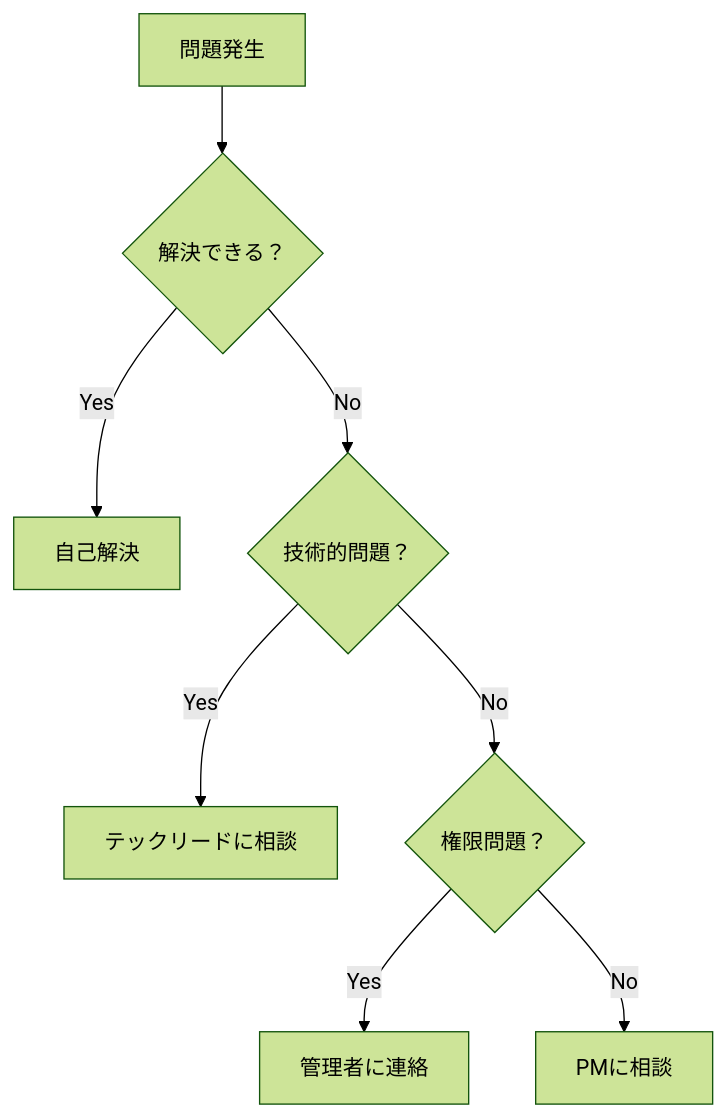
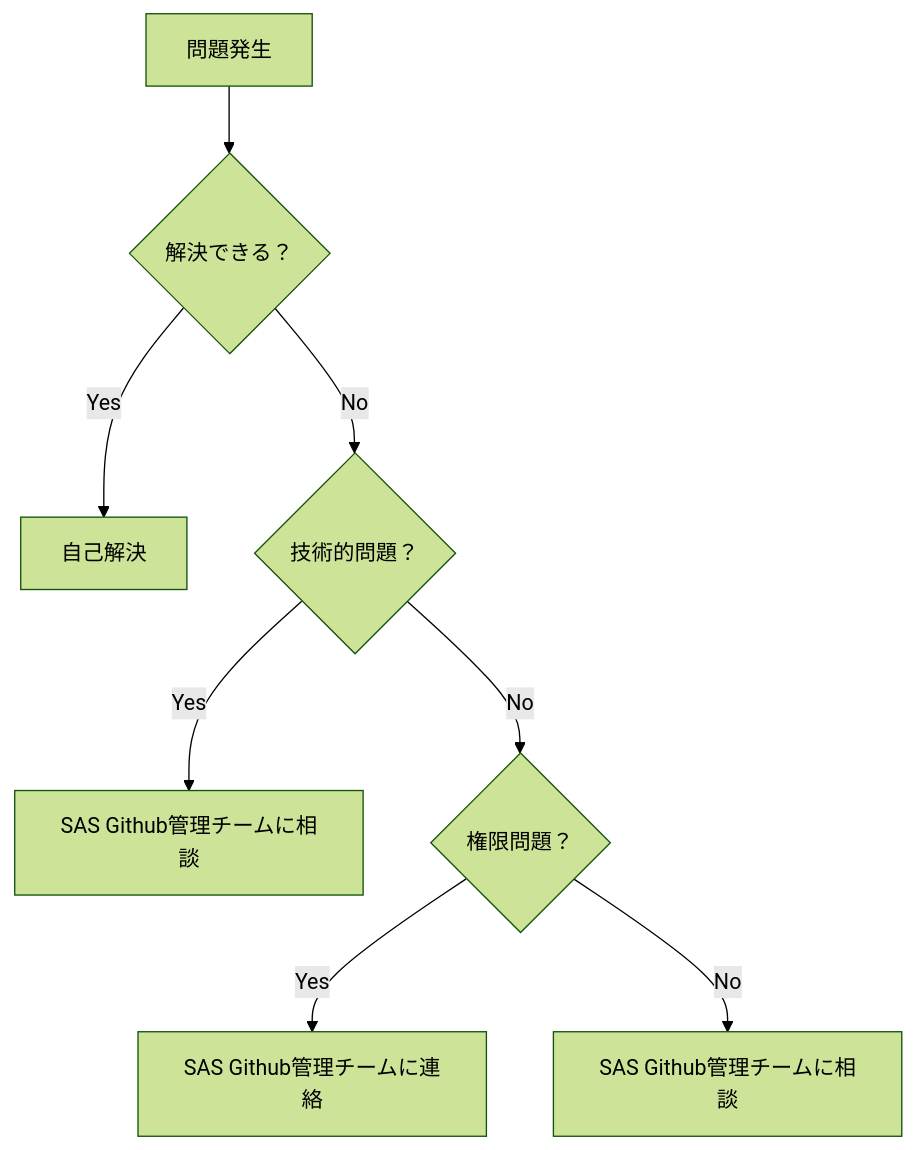
The sixth of 6 diagrams in GUIDELINES_DETAIL.md (sas-com/github-guidelines), drawn with Mermaid (forest theme) before and after one commit. The commit also changed 3 other files, not shown here.

````diff
--- a/GUIDELINES_DETAIL.md
+++ b/GUIDELINES_DETAIL.md
@@ -854,10 +854,10 @@
 ```mermaid
 graph TD
     A[問題発生] --> B{解決できる？}
     B -->|Yes| C[自己解決]
     B -->|No| D{技術的問題？}
-    D -->|Yes| E[テックリードに相談]
+    D -->|Yes| E[SAS Github管理チームに相談]
     D -->|No| F{権限問題？}
-    F -->|Yes| G[管理者に連絡]
-    F -->|No| H[PMに相談]
+    F -->|Yes| G[SAS Github管理チームに連絡]
+    F -->|No| H[SAS Github管理チームに相談]
 ```
````
